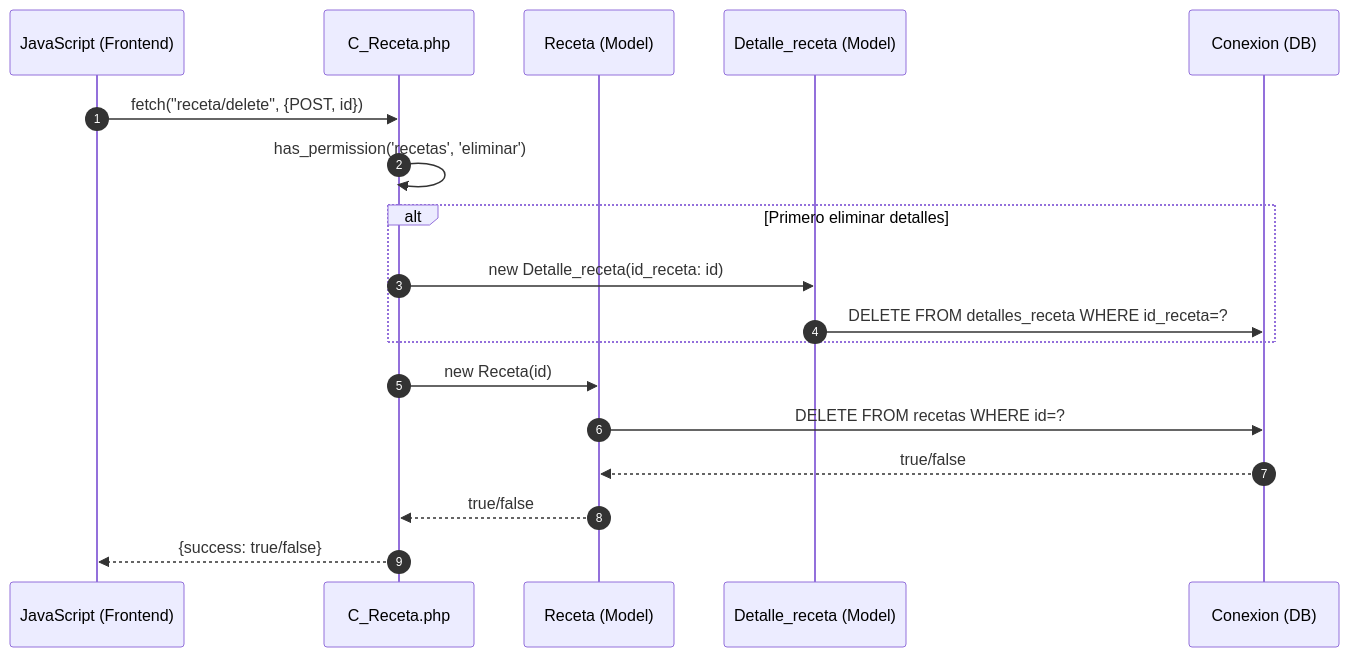
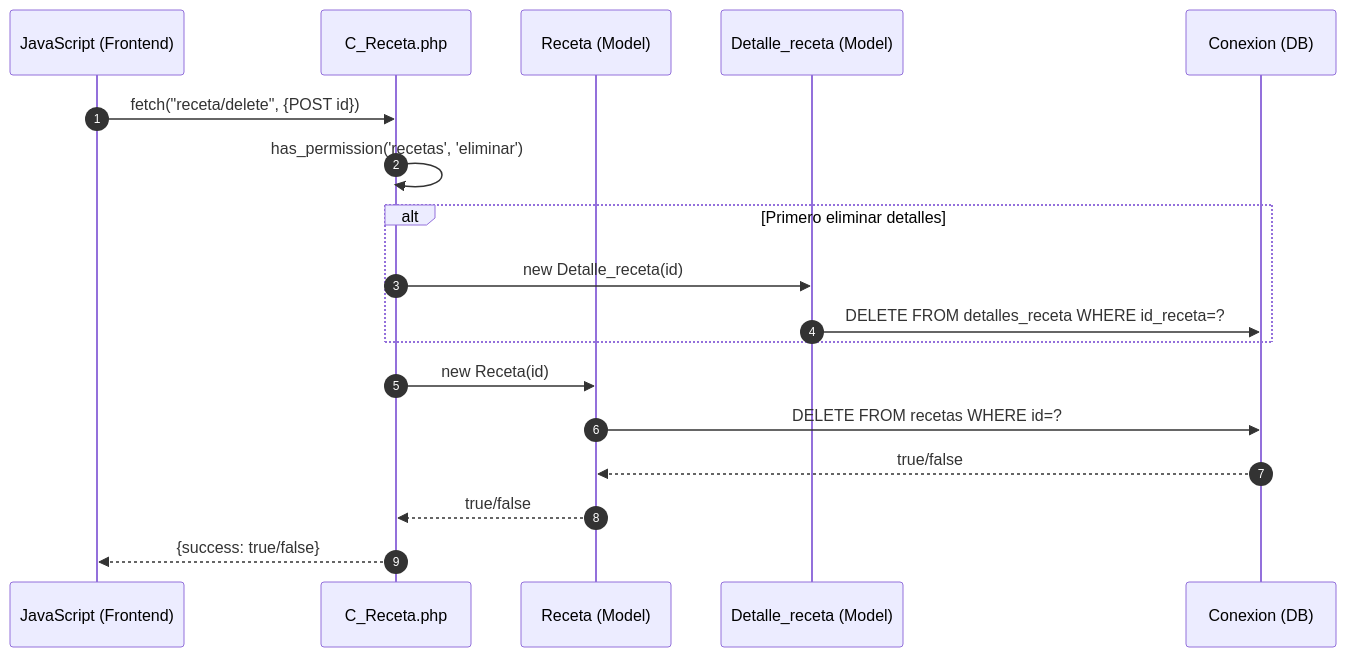
The fifth of 5 diagrams in docs/secuencia/recetas/recetas.md (Tecrato/BurgerHouse), drawn with Mermaid before and after one commit. The commit also changed other lines of this file and 13 other files, not shown here.

Commit message:
diagramas de secuencia

````diff
--- a/docs/secuencia/recetas/recetas.md
+++ b/docs/secuencia/recetas/recetas.md
@@ -127,25 +123,25 @@
 ```mermaid
 sequenceDiagram
     autonumber
     participant JS as JavaScript (Frontend)
     participant C_Receta as C_Receta.php
     participant Receta as Receta (Model)
     participant Detalle_receta as Detalle_receta (Model)
     participant DB as Conexion (DB)
     
-    JS->>C_Receta: fetch("receta/delete", {POST, id})
+    JS->>C_Receta: fetch("receta/delete", {POST id})
     
     C_Receta->>C_Receta: has_permission('recetas', 'eliminar')
     
     alt Primero eliminar detalles
-        C_Receta->>Detalle_receta: new Detalle_receta(id_receta: id)
+        C_Receta->>Detalle_receta: new Detalle_receta(id)
         Detalle_receta->>DB: DELETE FROM detalles_receta WHERE id_receta=?
     end
     
     C_Receta->>Receta: new Receta(id)
     Receta->>DB: DELETE FROM recetas WHERE id=?
     DB-->>Receta: true/false
     Receta-->>C_Receta: true/false
     
     C_Receta-->>JS: {success: true/false}
 ```
````
